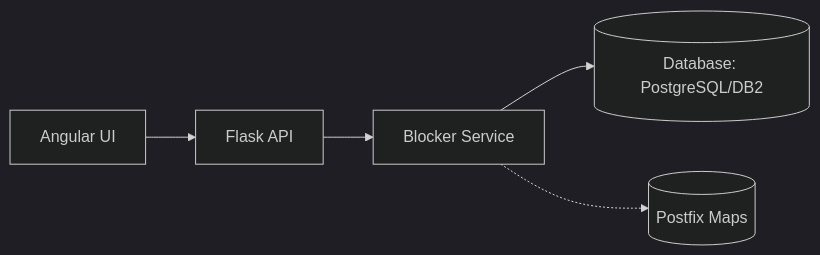
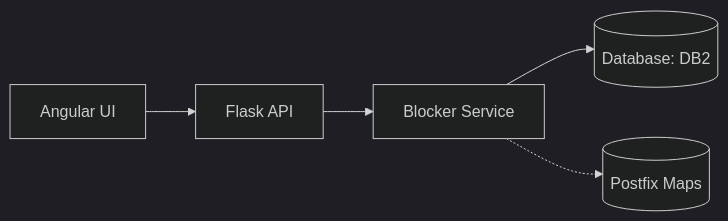
Before and after one commit to danshome/postfixblocker: the diagram in ARCHITECTURE.md, drawn with Mermaid (dark theme). The commit also changed 51 other files, not shown here.

First line of the commit message:
**Drop PostgreSQL support; standardize on DB2 as the sole backend.**

````diff
--- a/ARCHITECTURE.md
+++ b/ARCHITECTURE.md
@@ -8,7 +8,7 @@
 ```mermaid
 flowchart LR
   browser[Angular UI] --> api[Flask API]
   api --> service[Blocker Service]
-  service --> db[(Database: PostgreSQL/DB2)]
+  service --> db[(Database: DB2)]
   service -.-> postfix[(Postfix Maps)]
 ```
````
